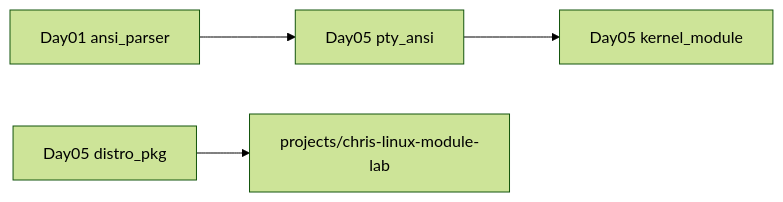
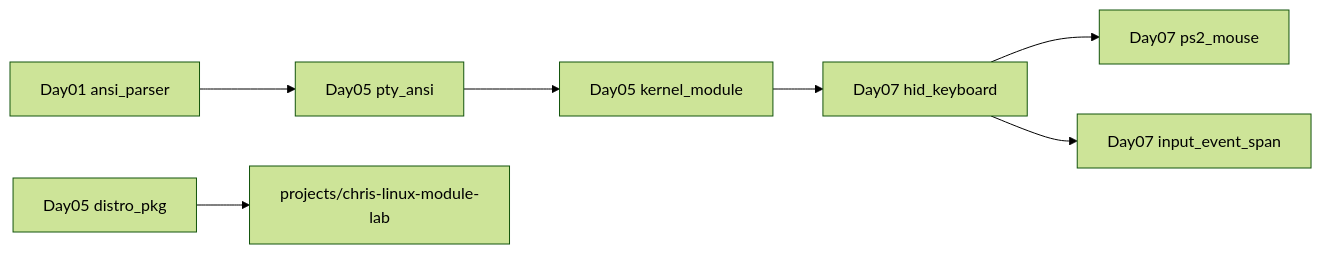
The sixth of 11 diagrams in docs/LEARNING_PATHS.md (christianrss/chris-low-level), drawn with Mermaid (forest theme) before and after one commit. The commit also changed other lines of this file and 369 other files, not shown here.

````diff
--- a/docs/LEARNING_PATHS.md
+++ b/docs/LEARNING_PATHS.md
@@ -108,6 +117,9 @@
 ```mermaid
 flowchart LR
   ansi[Day01 ansi_parser] --> pty[Day05 pty_ansi]
   pty --> kmod[Day05 kernel_module]
+  kmod --> hid[Day07 hid_keyboard]
+  hid --> mouse[Day07 ps2_mouse]
+  hid --> dotnet_in[Day07 input_event_span]
   pkg[Day05 distro_pkg] --> capstone[projects/chris-linux-module-lab]
 ```
````
